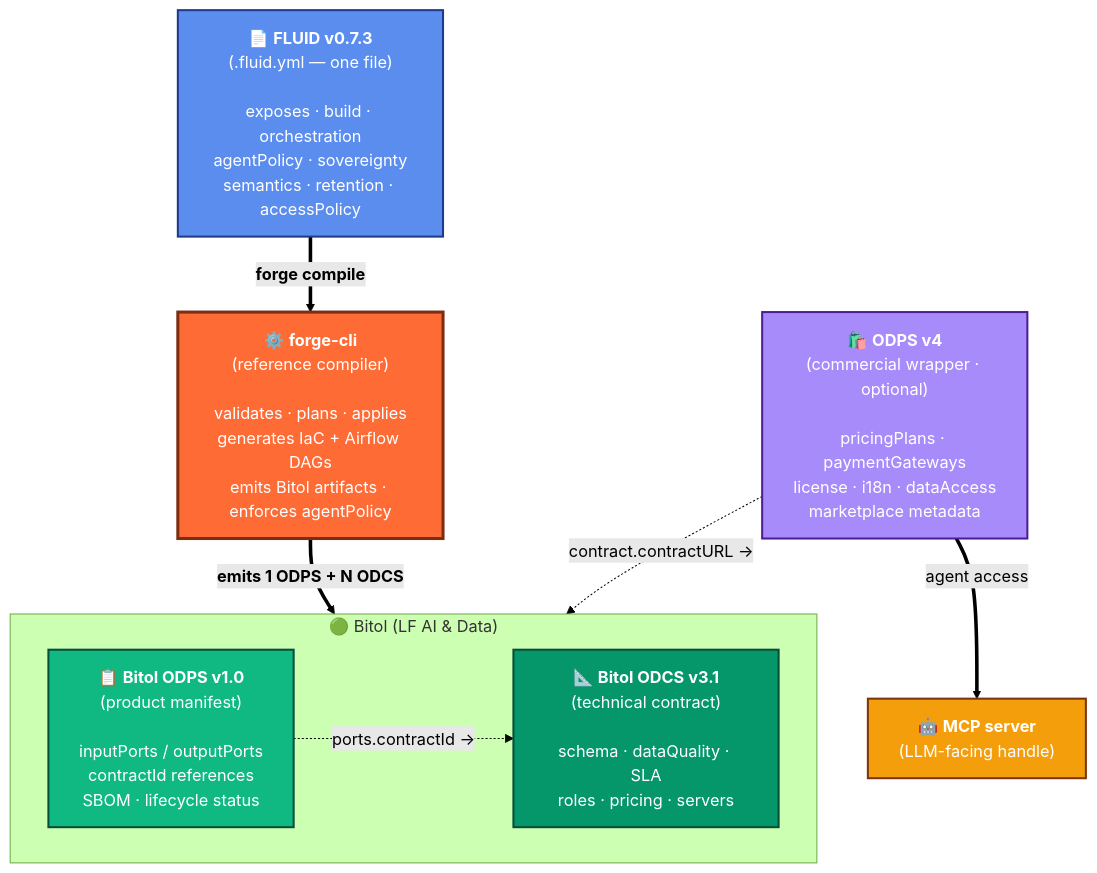
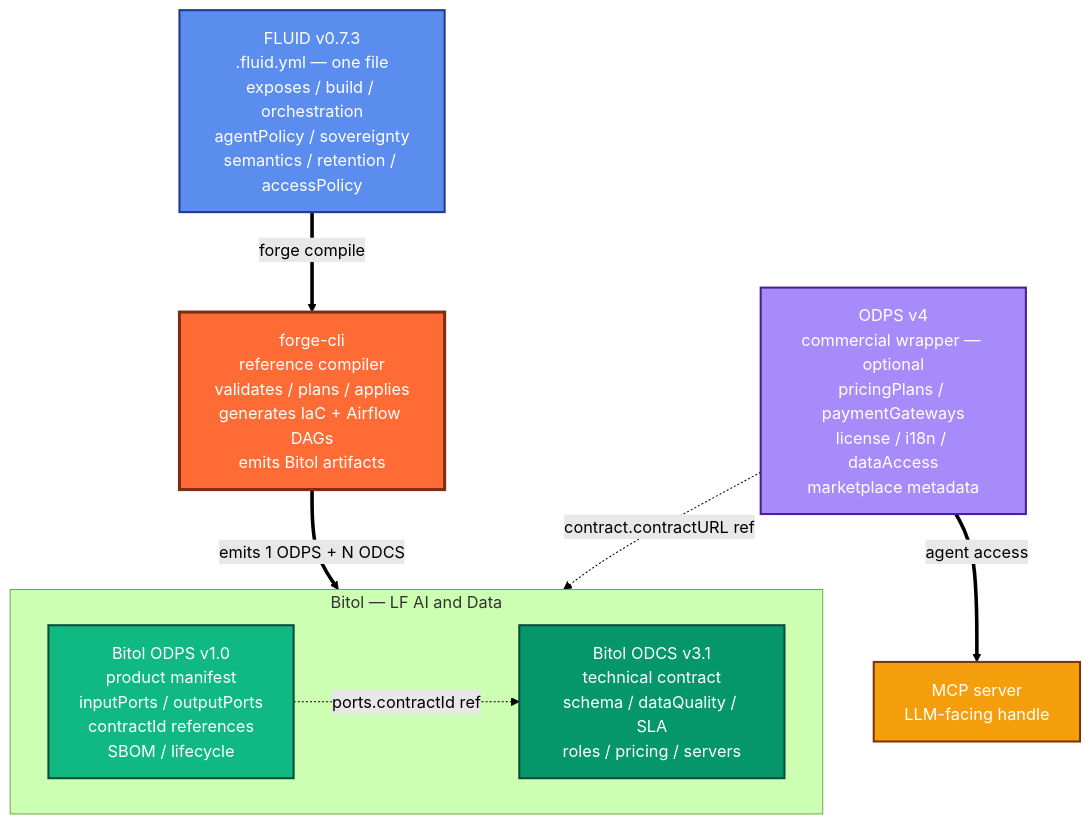
The diagram in README.md (open-data-protocol/fluid), drawn with Mermaid (forest theme) before and after one commit.

````diff
--- a/README.md
+++ b/README.md
@@ -126,35 +126,35 @@
 ```mermaid
 flowchart TB
-    classDef fluid     fill:#5B8DEF,color:#fff,stroke:#1E3A8A,stroke-width:2px
-    classDef forge     fill:#FF6B35,color:#fff,stroke:#7C2D12,stroke-width:3px
-    classDef bitolDp   fill:#10B981,color:#fff,stroke:#064E3B,stroke-width:2px
-    classDef bitolDc   fill:#059669,color:#fff,stroke:#064E3B,stroke-width:2px
-    classDef odpsv4    fill:#A78BFA,color:#fff,stroke:#4C1D95,stroke-width:2px
-    classDef mcp       fill:#F59E0B,color:#fff,stroke:#78350F,stroke-width:2px
+    classDef fluid    fill:#5B8DEF,color:#fff,stroke:#1E3A8A,stroke-width:2px
+    classDef forge    fill:#FF6B35,color:#fff,stroke:#7C2D12,stroke-width:3px
+    classDef bitolDp  fill:#10B981,color:#fff,stroke:#064E3B,stroke-width:2px
+    classDef bitolDc  fill:#059669,color:#fff,stroke:#064E3B,stroke-width:2px
+    classDef odpsv4   fill:#A78BFA,color:#fff,stroke:#4C1D95,stroke-width:2px
+    classDef mcp      fill:#F59E0B,color:#fff,stroke:#78350F,stroke-width:2px
 
-    F["📄 <b>FLUID v0.7.3</b><br/>(.fluid.yml — one file)<br/><br/>exposes · build · orchestration<br/>agentPolicy · sovereignty<br/>semantics · retention · accessPolicy"]:::fluid
+    F["FLUID v0.7.3<br/>.fluid.yml — one file<br/>exposes / build / orchestration<br/>agentPolicy / sovereignty<br/>semantics / retention / accessPolicy"]:::fluid
 
-    FC["⚙️ <b>forge-cli</b><br/>(reference compiler)<br/><br/>validates · plans · applies<br/>generates IaC + Airflow DAGs<br/>emits Bitol artifacts · enforces agentPolicy"]:::forge
+    FC["forge-cli<br/>reference compiler<br/>validates / plans / applies<br/>generates IaC + Airflow DAGs<br/>emits Bitol artifacts"]:::forge
 
-    subgraph bitol ["🟢 Bitol (LF AI & Data)"]
+    subgraph bitol ["Bitol — LF AI and Data"]
         direction LR
-        OP["📋 <b>Bitol ODPS v1.0</b><br/>(product manifest)<br/><br/>inputPorts / outputPorts<br/>contractId references<br/>SBOM · lifecycle status"]:::bitolDp
-        OC["📐 <b>Bitol ODCS v3.1</b><br/>(technical contract)<br/><br/>schema · dataQuality · SLA<br/>roles · pricing · servers"]:::bitolDc
+        OP["Bitol ODPS v1.0<br/>product manifest<br/>inputPorts / outputPorts<br/>contractId references<br/>SBOM / lifecycle"]:::bitolDp
+        OC["Bitol ODCS v3.1<br/>technical contract<br/>schema / dataQuality / SLA<br/>roles / pricing / servers"]:::bitolDc
     end
 
-    V4["🛍️ <b>ODPS v4</b><br/>(commercial wrapper · optional)<br/><br/>pricingPlans · paymentGateways<br/>license · i18n · dataAccess<br/>marketplace metadata"]:::odpsv4
+    V4["ODPS v4<br/>commercial wrapper — optional<br/>pricingPlans / paymentGateways<br/>license / i18n / dataAccess<br/>marketplace metadata"]:::odpsv4
 
-    MCP["🤖 <b>MCP server</b><br/>(LLM-facing handle)"]:::mcp
+    MCP["MCP server<br/>LLM-facing handle"]:::mcp
 
-    F  ==>|"<b>forge compile</b>"| FC
-    FC ==>|"<b>emits 1 ODPS + N ODCS</b>"| OP
-    OP -.->|"ports.contractId →"| OC
-    V4 -.->|"contract.contractURL →"| OC
+    F  ==>|"forge compile"| FC
+    FC ==>|"emits 1 ODPS + N ODCS"| OP
+    OP -.->|"ports.contractId ref"| OC
+    V4 -.->|"contract.contractURL ref"| OC
     V4 ==>|"agent access"| MCP
 
     click F "https://github.com/open-data-protocol/fluid" "FLUID on GitHub"
     click FC "https://github.com/Agenticstiger/forge-cli" "forge-cli on GitHub"
     click OP "https://github.com/bitol-io/open-data-product-standard" "Bitol ODPS on GitHub"
     click OC "https://github.com/bitol-io/open-data-contract-standard" "Bitol ODCS on GitHub"
     click V4 "https://github.com/Open-Data-Product-Initiative/v4.0" "ODPS v4 on GitHub"
 ```
````
